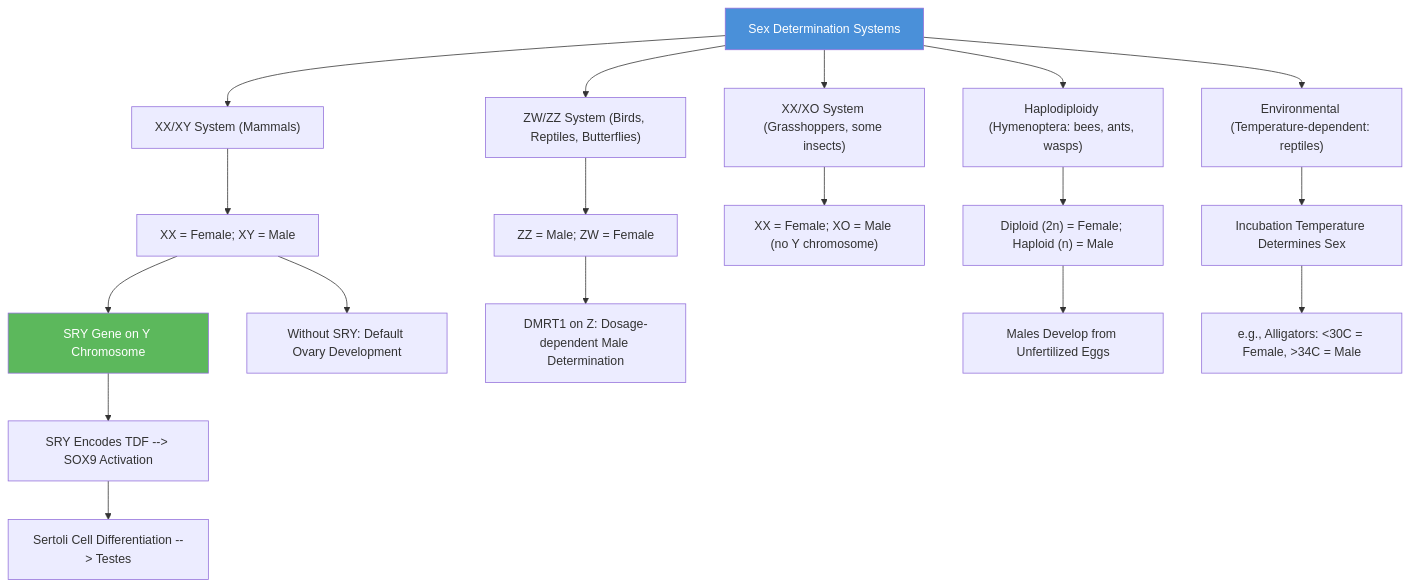
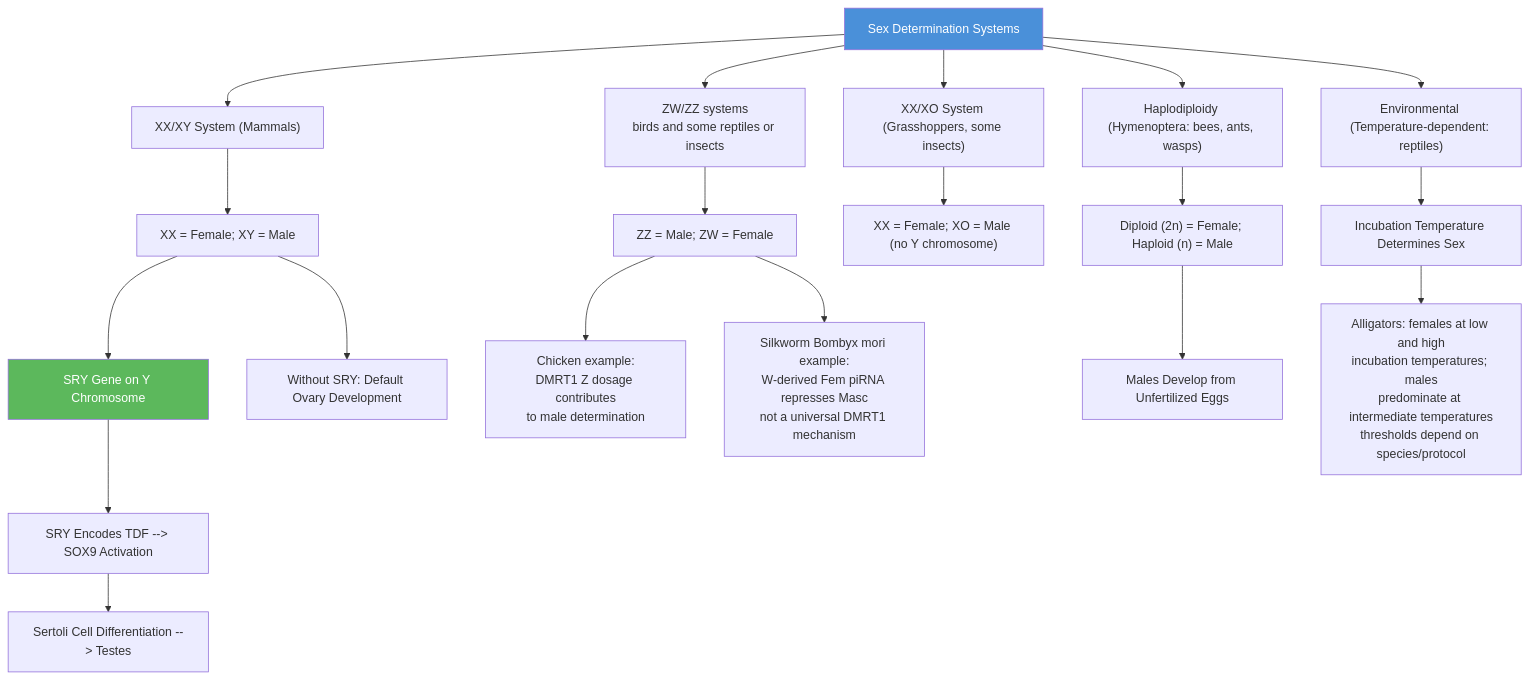
The third of 7 diagrams in docs/manuscript/unit_V/chromosomal_inheritance.md (docxology/biology_textbook), drawn with Mermaid before and after one commit. The commit also changed other lines of this file and 444 other files, not shown here.

````diff
--- a/docs/manuscript/unit_V/chromosomal_inheritance.md
+++ b/docs/manuscript/unit_V/chromosomal_inheritance.md
@@ -200,28 +200,29 @@
 ```mermaid
 flowchart TD
     A[Sex Determination Systems] --> B["XX/XY System (Mammals)"]
-    A --> C["ZW/ZZ System (Birds, Reptiles, Butterflies)"]
+    A --> C["ZW/ZZ systems<br/>birds and some reptiles or insects"]
     A --> D["XX/XO System (Grasshoppers, some insects)"]
     A --> E["Haplodiploidy (Hymenoptera: bees, ants, wasps)"]
     A --> F["Environmental (Temperature-dependent: reptiles)"]
 
     B --> B1["XX = Female; XY = Male"]
     B1 --> B2["SRY Gene on Y Chromosome"]
     B2 --> B3["SRY Encodes TDF --> SOX9 Activation"]
     B3 --> B4["Sertoli Cell Differentiation --> Testes"]
     B1 --> B5["Without SRY: Default Ovary Development"]
 
     C --> C1["ZZ = Male; ZW = Female"]
-    C1 --> C2["DMRT1 on Z: Dosage-dependent Male Determination"]
+    C1 --> C2["Chicken example:<br/>DMRT1 Z dosage contributes<br/>to male determination"]
+    C1 --> Lep["Silkworm Bombyx mori example:<br/>W-derived Fem piRNA represses Masc<br/>not a universal DMRT1 mechanism"]
 
     D --> D1["XX = Female; XO = Male (no Y chromosome)"]
 
     E --> E1["Diploid (2n) = Female; Haploid (n) = Male"]
     E1 --> E2["Males Develop from Unfertilized Eggs"]
 
     F --> F1["Incubation Temperature Determines Sex"]
-    F1 --> F2["e.g., Alligators: <30C = Female, >34C = Male"]
+    F1 --> F2["Alligators: females at low and high<br/>incubation temperatures; males<br/>predominate at intermediate temperatures<br/>thresholds depend on species/protocol"]
 
     style A fill:#4a90d9,color:#fff
     style B2 fill:#5cb85c,color:#fff
 ```
````
